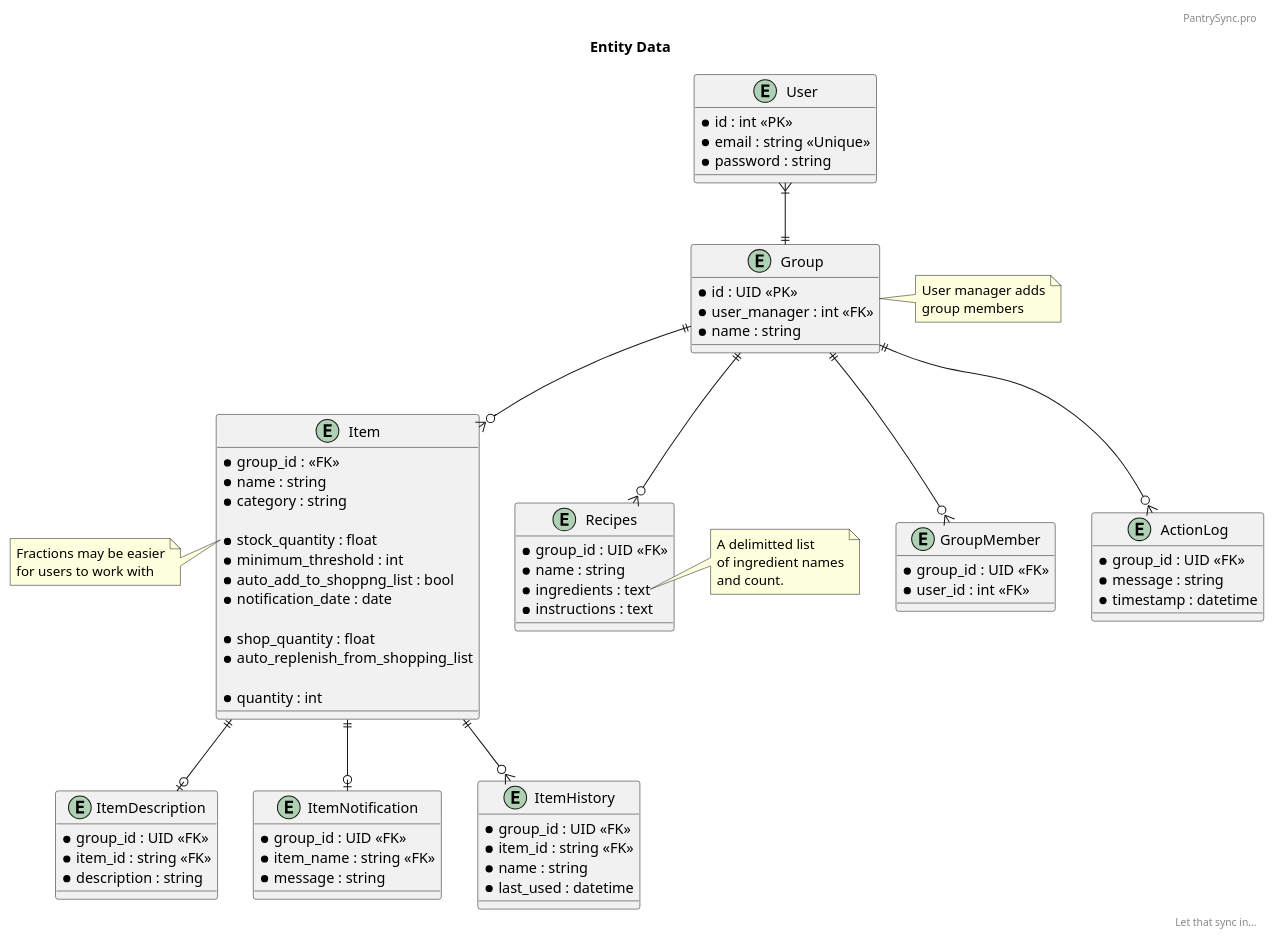
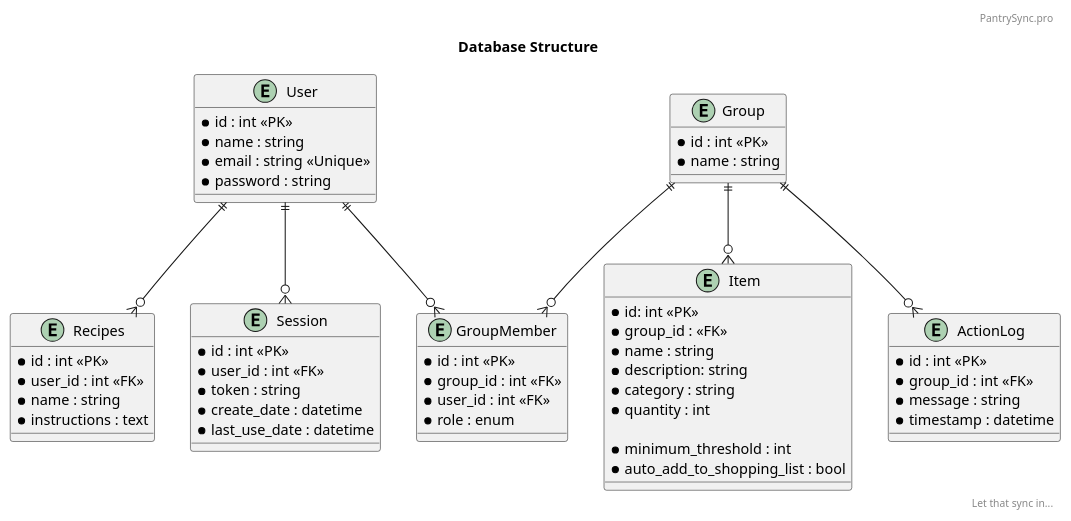
Before and after one commit to kyutc/RestockApi: the diagram in docs/database.puml, drawn with PlantUML.

Commit message:
Initial design change suggestions Likely incomplete with the listed feature requirements, but reaching MVP and branching from there is likely more desirable.

```diff
--- a/docs/database.puml
+++ b/docs/database.puml
@@ -1,97 +1,73 @@
 @startuml Pantry Manager Classes
 
 header PantrySync.pro
 right footer Let that sync in...
-title Entity Data
+title Database Structure
 
-	entity User {
-    	*id : int <<PK>>
-    	*email : string <<Unique>>
-    	*password : string
-	}
+    entity User {
+        *id : int <<PK>>
+        *name : string
+        *email : string <<Unique>>
+        *password : string
+    }
 
-	entity Group {
-    	*id : UID <<PK>>
-    	*user_manager : int <<FK>>
-    	*name : string
-	}
-	note right of Group
-    	User manager adds
-    	group members
-	end note
+    entity Group {
+        *id : int <<PK>>
+        *name : string
+    }
 
-	entity GroupMember {
-    	*group_id : UID <<FK>>
-    	*user_id : int <<FK>>
-	}
+    entity GroupMember {
+        *id : int <<PK>>
+        *group_id : int <<FK>>
+        *user_id : int <<FK>>
+        ' Role can be expanded to something dynamic rather than an enum
+        *role : enum
+    }
 
+    entity Item {
+        *id: int <<PK>>
+        *group_id : <<FK>>
+        *name : string
+        *description: string
+        *category : string
+        ' What are stock_quantity, shop_quantity, and quantity?
+        *quantity : int
 
-	entity Item {
-    	*group_id : <<FK>>
-    	*name : string
-    	*category : string
-   	 
-    	*stock_quantity : float
-    	*minimum_threshold : int
-    	*auto_add_to_shoppng_list : bool
-    	*notification_date : date
+        *minimum_threshold : int
+        *auto_add_to_shopping_list : bool
+    }
 
-    	*shop_quantity : float
-    	*auto_replenish_from_shopping_list
+    entity Recipes {
+        *id : int <<PK>>
+        *user_id : int <<FK>>
+        *name : string
+        /' Including ingredients here for the purpose of identifying possible recipes for given ingredients would
+           require a more advanced structure.
+        '/
+        *instructions : text
+    }
+    
+    entity ActionLog {
+        ' Is this an audit log?
+        *id : int <<PK>>
+        *group_id : int <<FK>>
+        *message : string
+        *timestamp : datetime
+    }
 
-    	*quantity : int
-	}
-	note left of Item::stock_quantity
-    	Fractions may be easier
-    	for users to work with
-	end note
+    entity Session {
+        *id : int <<PK>>
+        *user_id : int <<FK>>
+        *token : string
+        *create_date : datetime
+        *last_use_date : datetime
+    }
 
-	entity ItemDescription {
-    	*group_id : UID <<FK>>
-    	*item_id : string <<FK>>
-    	*description : string
-	}
-
-	entity ItemNotification {
-    	*group_id : UID <<FK>>
-    	*item_name : string <<FK>>
-    	*message : string
-	}
-
-	entity ItemHistory {
-    	*group_id : UID <<FK>>
-    	*item_id : string <<FK>>
-    	*name : string
-    	*last_used : datetime
-	}
-
-	entity Recipes {
-    	*group_id : UID <<FK>>
-    	*name : string
-    	*ingredients : text
-    	*instructions : text
-	}
-
-	note right of Recipes::ingredients
-    	A delimitted list
-    	of ingredient names
-    	and count.
-	end note
-
-    
-	entity ActionLog {
-    	*group_id : UID <<FK>>
-    	*message : string
-    	*timestamp : datetime
-	}
-
-	User }|--|| Group
-	Group ||--o{ GroupMember
-	Group ||--o{ Item
-	Item ||--o| ItemDescription
-	Item ||--o| ItemNotification
-	Item ||--o{ ItemHistory
-	Group ||--o{ Recipes
-	Group ||--o{ ActionLog
+    User  ||--o{ GroupMember
+    User  ||--o{ Recipes
+    User  ||--o{ Session
+    Group ||--o{ ActionLog
+    Group ||--o{ GroupMember
+    Group ||--o{ Item
 
 @enduml
```
